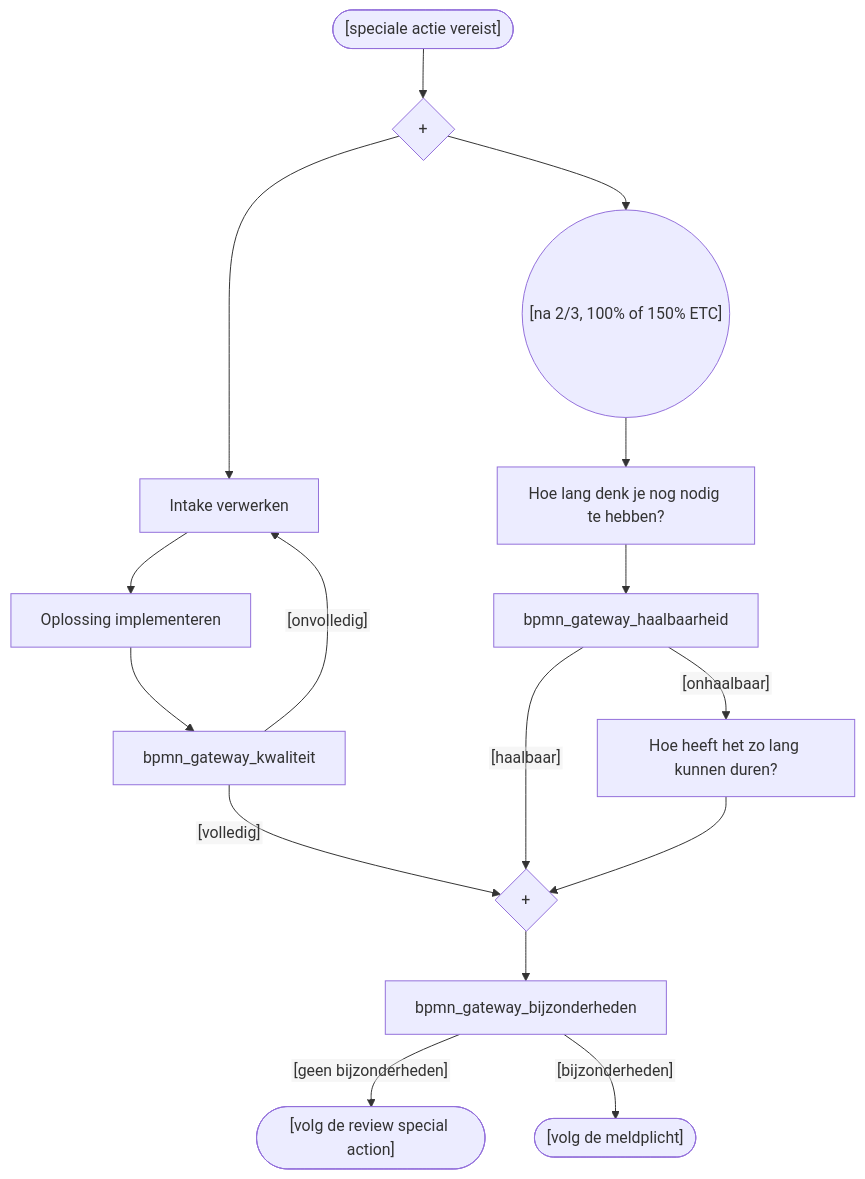
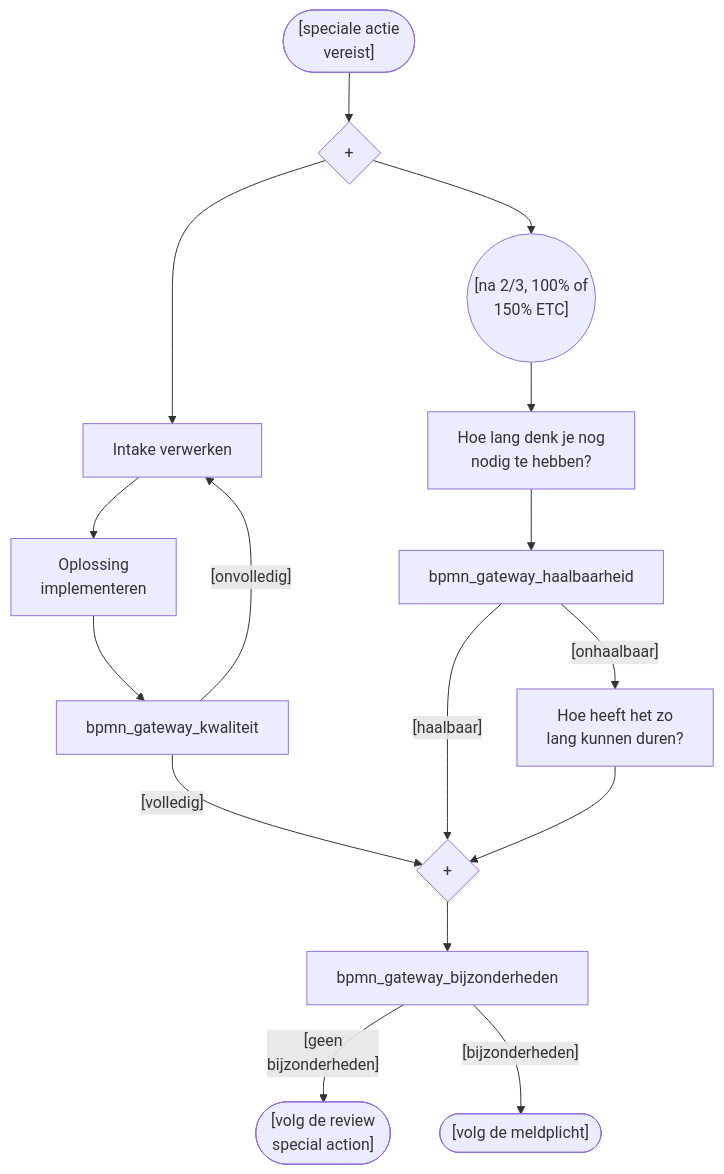
One commit to Zaibatsu89/IssueTracker changed the diagram in 11 Issue Tracker special action.mermaid. Above: the diagram before and after it, drawn with Mermaid. The commit also changed 14 other files, not shown here.

```diff
--- a/11 Issue Tracker special action.mermaid
+++ b/11 Issue Tracker special action.mermaid
@@ -1,27 +1,27 @@
-%%{init: {'theme': 'default', 'themeVariables': {'fontFamily': 'sans-serif'}, 'flowchart': {'htmlLabels': false}}}%%
+%%{init: {'theme': 'default', 'themeVariables': {'fontFamily': 'sans-serif'}, 'flowchart': {'htmlLabels': true}}}%%
 flowchart TD
-    bpmn_start_event(["[speciale actie vereist]"])
+    bpmn_start_event(["[speciale actie<br>vereist]"])
     bpmn_gateway_fork{"+"}
     bpmn_task_intake["Intake verwerken"]
-    bpmn_task_oplossing["Oplossing implementeren"]
-    bpmn_event_etc(("[na 2/3, 100% of 150% ETC]"))
-    bpmn_task_inschatting["Hoe lang denk je nog nodig te hebben?"]
-    bpmn_task_verantwoording["Hoe heeft het zo lang kunnen duren?"]
+    bpmn_task_oplossing["Oplossing<br>implementeren"]
+    bpmn_event_etc(("[na 2/3, 100% of<br>150% ETC]"))
+    bpmn_task_inschatting["Hoe lang denk je nog<br>nodig te hebben?"]
+    bpmn_task_verantwoording["Hoe heeft het zo<br>lang kunnen duren?"]
     bpmn_gateway_join{"+"}
-    bpmn_end_regulier(["[volg de review special action]"])
+    bpmn_end_regulier(["[volg de review<br>special action]"])
     bpmn_end_bijzonderheden(["[volg de meldplicht]"])
     bpmn_gateway_kwaliteit -->|"[onvolledig]"| bpmn_task_intake
     bpmn_gateway_kwaliteit -->|"[volledig]"| bpmn_gateway_join
     bpmn_gateway_haalbaarheid -->|"[haalbaar]"| bpmn_gateway_join
     bpmn_gateway_haalbaarheid -->|"[onhaalbaar]"| bpmn_task_verantwoording
-    bpmn_gateway_bijzonderheden -->|"[geen bijzonderheden]"| bpmn_end_regulier
+    bpmn_gateway_bijzonderheden -->|"[geen<br>bijzonderheden]"| bpmn_end_regulier
     bpmn_gateway_bijzonderheden -->|"[bijzonderheden]"| bpmn_end_bijzonderheden
     bpmn_start_event --> bpmn_gateway_fork
     bpmn_gateway_fork --> bpmn_task_intake
     bpmn_gateway_fork --> bpmn_event_etc
     bpmn_task_intake --> bpmn_task_oplossing
     bpmn_task_oplossing --> bpmn_gateway_kwaliteit
     bpmn_event_etc --> bpmn_task_inschatting
     bpmn_task_inschatting --> bpmn_gateway_haalbaarheid
     bpmn_task_verantwoording --> bpmn_gateway_join
     bpmn_gateway_join --> bpmn_gateway_bijzonderheden
```
